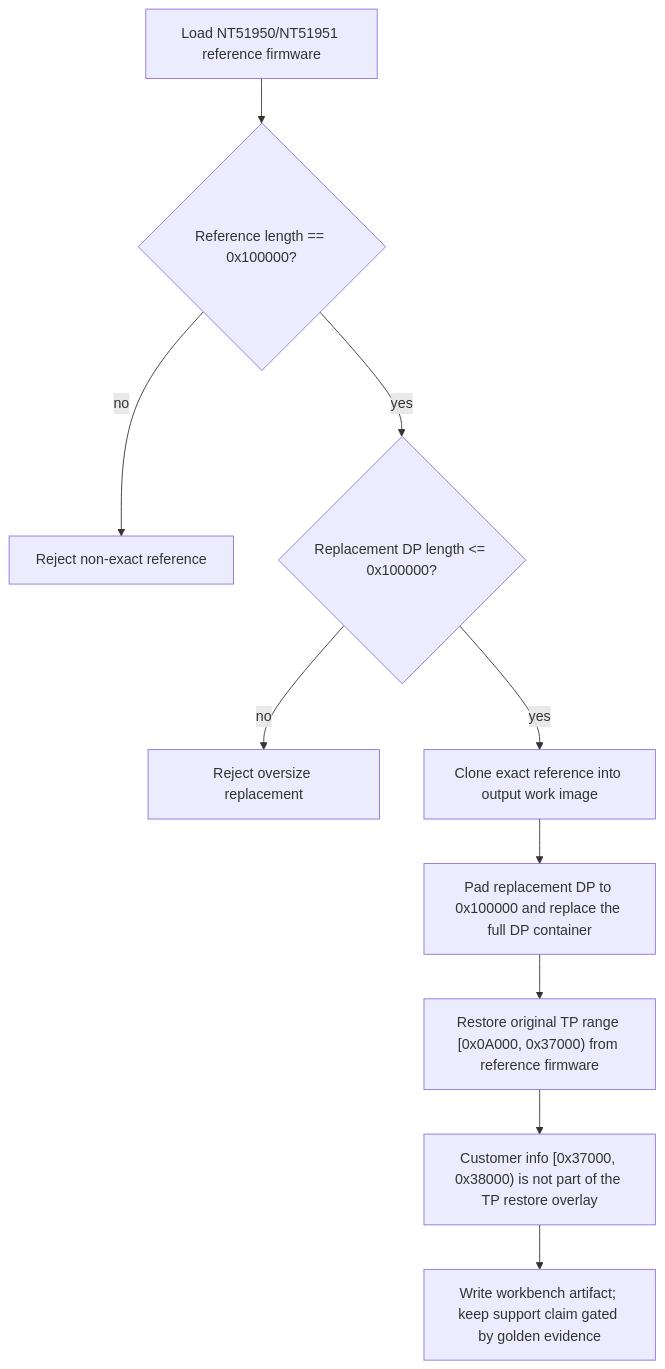
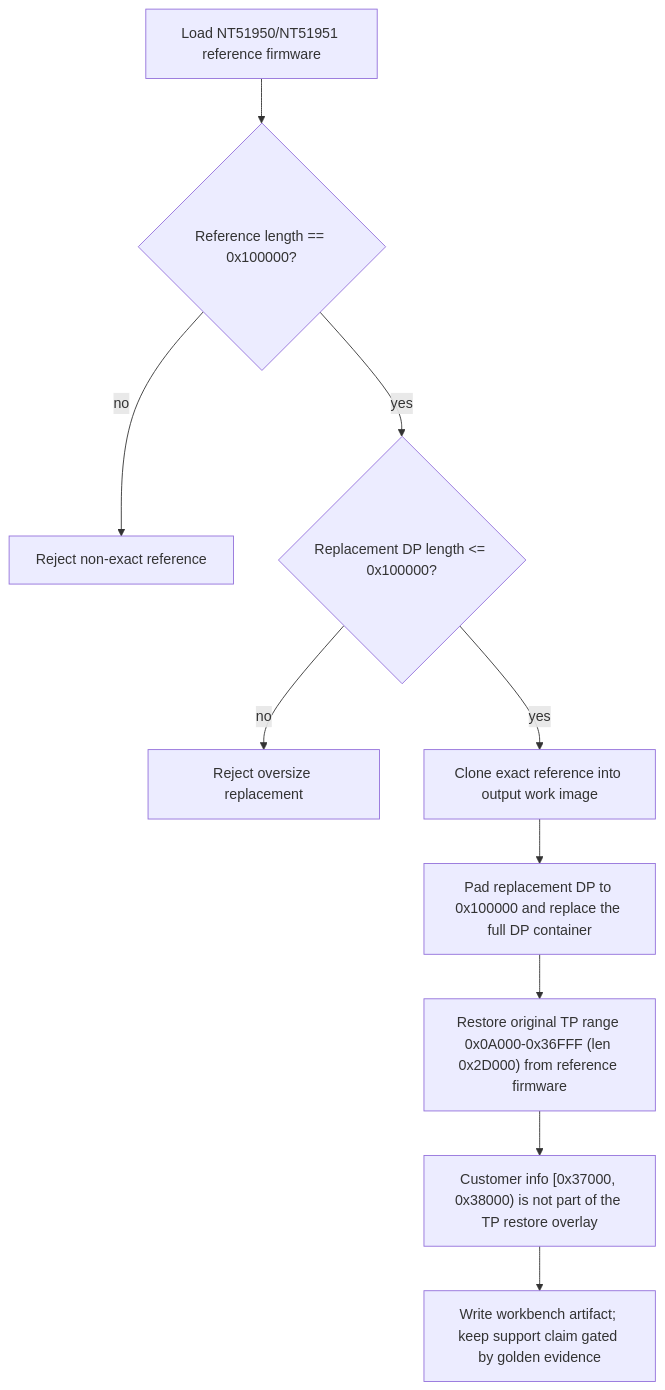
One commit to Dennis40816/nvt_fw_combiner changed the sixth of 12 diagrams in docs/architecture/ic-workflow-flowcharts.md. Above: the diagram before and after it, drawn with Mermaid. The commit also changed other lines of this file and 23 other files, not shown here.

````diff
--- a/docs/architecture/ic-workflow-flowcharts.md
+++ b/docs/architecture/ic-workflow-flowcharts.md
@@ -140,12 +140,12 @@
 ```mermaid
 flowchart TD
     A["Load NT51950/NT51951 reference firmware"] --> B{"Reference length == 0x100000?"}
     B -- "no" --> C["Reject non-exact reference"]
     B -- "yes" --> D{"Replacement DP length <= 0x100000?"}
     D -- "no" --> E["Reject oversize replacement"]
     D -- "yes" --> F["Clone exact reference into output work image"]
     F --> G["Pad replacement DP to 0x100000 and replace the full DP container"]
-    G --> H["Restore original TP range [0x0A000, 0x37000) from reference firmware"]
+    G --> H["Restore original TP range 0x0A000-0x36FFF (len 0x2D000) from reference firmware"]
     H --> I["Customer info [0x37000, 0x38000) is not part of the TP restore overlay"]
     I --> J["Write workbench artifact; keep support claim gated by golden evidence"]
 ```
````
